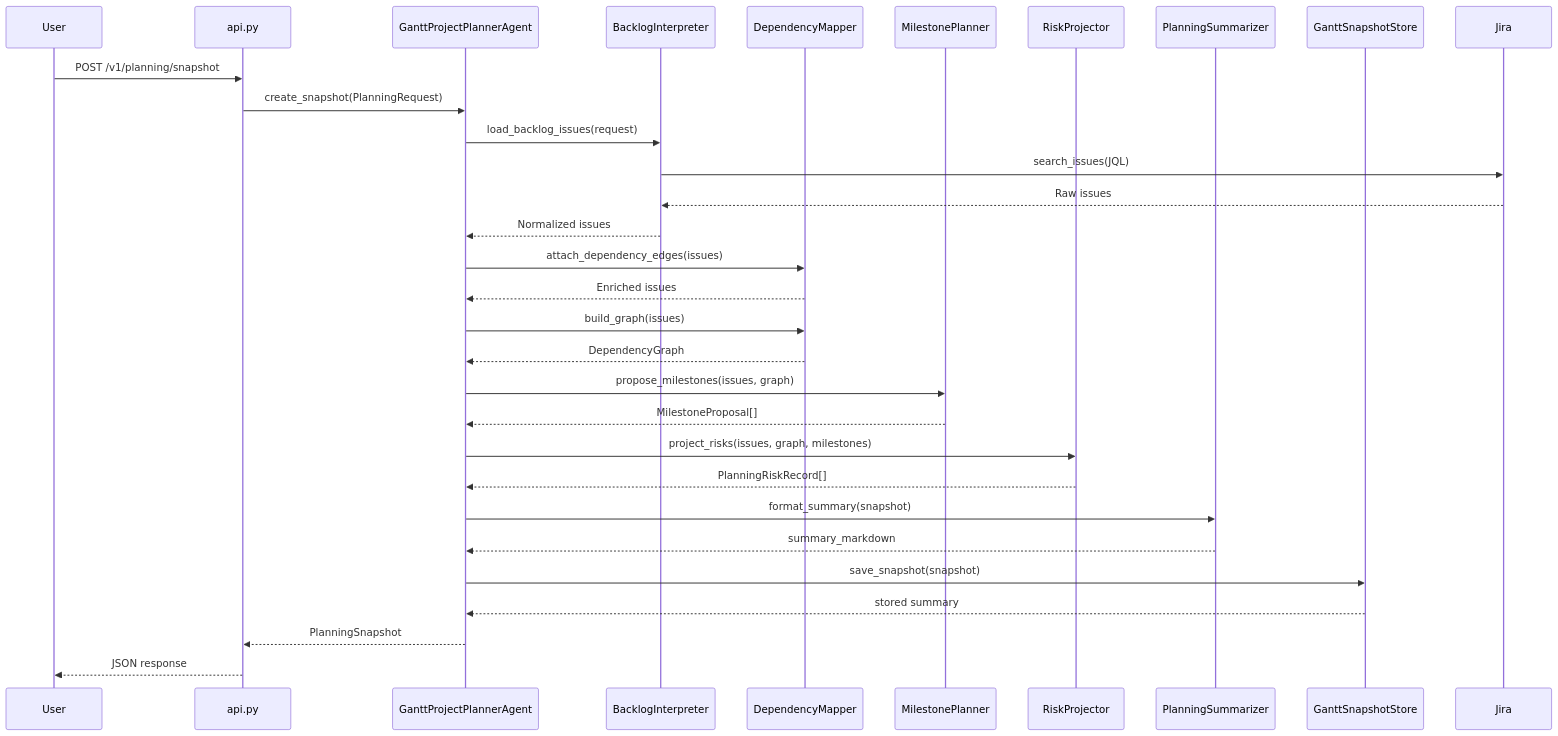
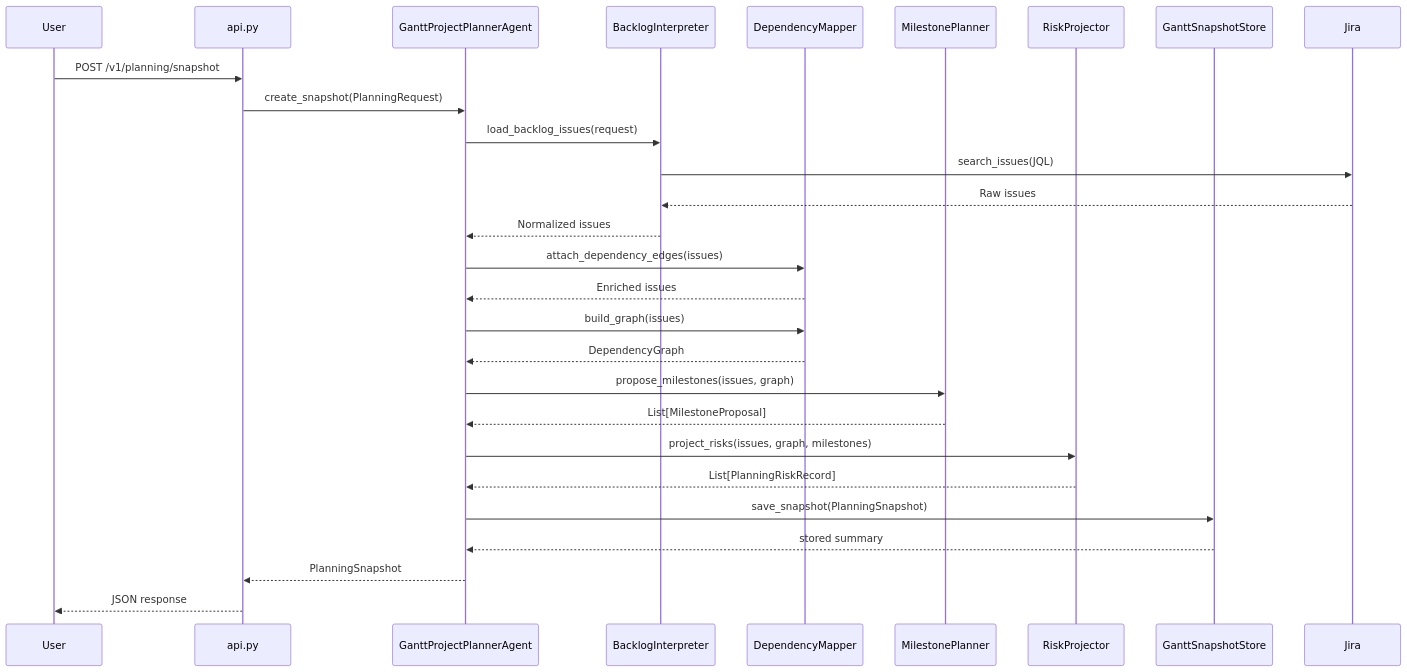
The second of 4 diagrams in docs/agents-gantt.md (jmac-cornelis/agent-workforce), drawn with Mermaid before and after one commit. The commit also changed other lines of this file and 8 other files, not shown here.

````diff
--- a/docs/agents-gantt.md
+++ b/docs/agents-gantt.md
@@ -75,34 +62,31 @@
 ```mermaid
 sequenceDiagram
     participant User
     participant API as api.py
     participant Agent as GanttProjectPlannerAgent
     participant BI as BacklogInterpreter
     participant DM as DependencyMapper
     participant MP as MilestonePlanner
     participant RP as RiskProjector
-    participant PS as PlanningSummarizer
     participant Store as GanttSnapshotStore
     participant Jira
 
     User->>API: POST /v1/planning/snapshot
     API->>Agent: create_snapshot(PlanningRequest)
     Agent->>BI: load_backlog_issues(request)
     BI->>Jira: search_issues(JQL)
     Jira-->>BI: Raw issues
     BI-->>Agent: Normalized issues
     Agent->>DM: attach_dependency_edges(issues)
     DM-->>Agent: Enriched issues
     Agent->>DM: build_graph(issues)
     DM-->>Agent: DependencyGraph
     Agent->>MP: propose_milestones(issues, graph)
-    MP-->>Agent: MilestoneProposal[]
+    MP-->>Agent: List[MilestoneProposal]
     Agent->>RP: project_risks(issues, graph, milestones)
-    RP-->>Agent: PlanningRiskRecord[]
-    Agent->>PS: format_summary(snapshot)
-    PS-->>Agent: summary_markdown
-    Agent->>Store: save_snapshot(snapshot)
+    RP-->>Agent: List[PlanningRiskRecord]
+    Agent->>Store: save_snapshot(PlanningSnapshot)
     Store-->>Agent: stored summary
     Agent-->>API: PlanningSnapshot
     API-->>User: JSON response
 ```
````
